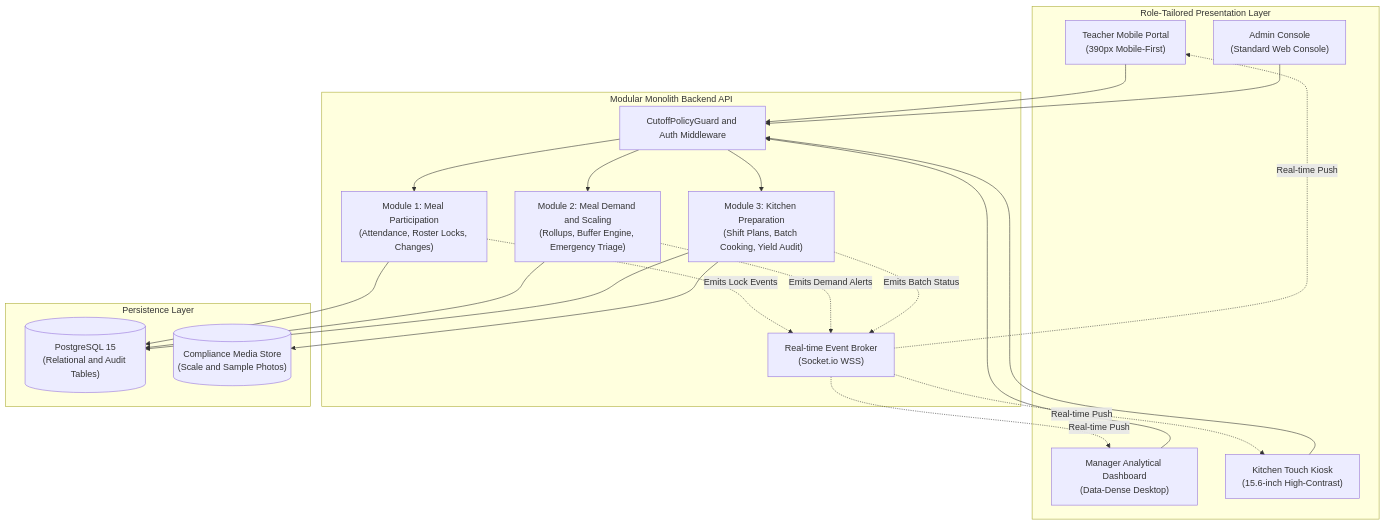
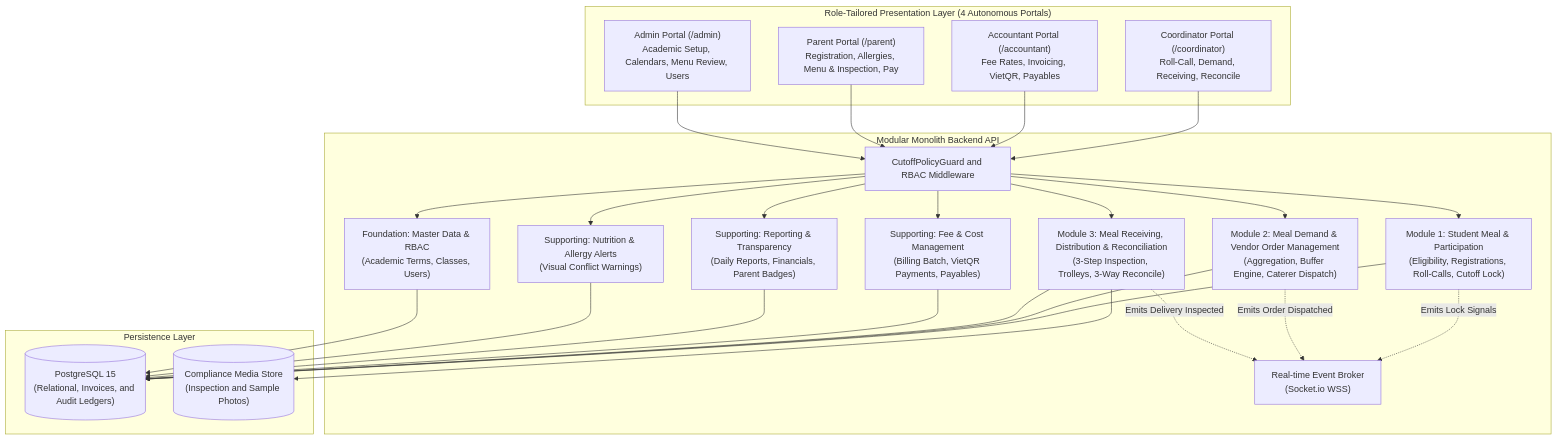
The diagram in arc42/04-solution-strategy.md (Bernie-TruongTQ/PRIMARY_SCHOOL_SEMI-BOARDING_MEAL_MANAGEMENT_SYSTEM), drawn with Mermaid before and after one commit. The commit also changed other lines of this file and 12 other files, not shown here.

Commit message:
docs: add arc42 architecture documentation files

````diff
--- a/arc42/04-solution-strategy.md
+++ b/arc42/04-solution-strategy.md
@@ -27,46 +27,55 @@
 ```mermaid
 graph TD
-    subgraph ClientLayer ["Role-Tailored Presentation Layer"]
-        SPA_TCH["Teacher Mobile Portal<br/>(390px Mobile-First)"]
-        SPA_MGR["Manager Analytical Dashboard<br/>(Data-Dense Desktop)"]
-        SPA_KIT["Kitchen Touch Kiosk<br/>(15.6-inch High-Contrast)"]
-        SPA_ADM["Admin Console<br/>(Standard Web Console)"]
+    subgraph ClientLayer ["Role-Tailored Presentation Layer (4 Autonomous Portals)"]
+        SPA_MGR["Coordinator Portal (/coordinator)<br/>Roll-Call, Demand, Receiving, Reconcile"]
+        SPA_ACC["Accountant Portal (/accountant)<br/>Fee Rates, Invoicing, VietQR, Payables"]
+        SPA_PAR["Parent Portal (/parent)<br/>Registration, Allergies, Menu & Inspection, Pay"]
+        SPA_ADM["Admin Portal (/admin)<br/>Academic Setup, Calendars, Menu Review, Users"]
     end
 
     subgraph Backend ["Modular Monolith Backend API"]
-        Guard["CutoffPolicyGuard and Auth Middleware"]
+        Guard["CutoffPolicyGuard and RBAC Middleware"]
         
-        M1["Module 1: Meal Participation<br/>(Attendance, Roster Locks, Changes)"]
-        M2["Module 2: Meal Demand and Scaling<br/>(Rollups, Buffer Engine, Emergency Triage)"]
-        M3["Module 3: Kitchen Preparation<br/>(Shift Plans, Batch Cooking, Yield Audit)"]
+        M1["Module 1: Student Meal & Participation<br/>(Eligibility, Registrations, Roll-Calls, Cutoff Lock)"]
+        M2["Module 2: Meal Demand & Vendor Order Management<br/>(Aggregation, Buffer Engine, Caterer Dispatch)"]
+        M3["Module 3: Meal Receiving, Distribution & Reconciliation<br/>(3-Step Inspection, Trolleys, 3-Way Reconcile)"]
         
+        M_FEE["Supporting: Fee & Cost Management<br/>(Billing Batch, VietQR Payments, Payables)"]
+        M_REP["Supporting: Reporting & Transparency<br/>(Daily Reports, Financials, Parent Badges)"]
+        M_NUT["Supporting: Nutrition & Allergy Alerts<br/>(Visual Conflict Warnings)"]
+        M_MST["Foundation: Master Data & RBAC<br/>(Academic Terms, Classes, Users)"]
+
         WS["Real-time Event Broker<br/>(Socket.io WSS)"]
     end
 
     subgraph Data ["Persistence Layer"]
-        DB[("PostgreSQL 15<br/>(Relational and Audit Tables)")]
-        Media[("Compliance Media Store<br/>(Scale and Sample Photos)")]
+        DB[("PostgreSQL 15<br/>(Relational, Invoices, and Audit Ledgers)")]
+        Media[("Compliance Media Store<br/>(Inspection and Sample Photos)")]
     end
 
-    SPA_TCH --> Guard
     SPA_MGR --> Guard
-    SPA_KIT --> Guard
+    SPA_ACC --> Guard
+    SPA_PAR --> Guard
     SPA_ADM --> Guard
 
     Guard --> M1
     Guard --> M2
     Guard --> M3
+    Guard --> M_FEE
+    Guard --> M_REP
+    Guard --> M_NUT
+    Guard --> M_MST
 
-    M1 -.->|"Emits Lock Events"| WS
-    M2 -.->|"Emits Demand Alerts"| WS
-    M3 -.->|"Emits Batch Status"| WS
-
-    WS -.->|"Real-time Push"| SPA_MGR
-    WS -.->|"Real-time Push"| SPA_KIT
-    WS -.->|"Real-time Push"| SPA_TCH
+    M1 -.->|"Emits Lock Signals"| WS
+    M2 -.->|"Emits Order Dispatched"| WS
+    M3 -.->|"Emits Delivery Inspected"| WS
 
     M1 --> DB
     M2 --> DB
     M3 --> DB
     M3 --> Media
+    M_FEE --> DB
+    M_REP --> DB
+    M_NUT --> DB
+    M_MST --> DB
 ```
````
